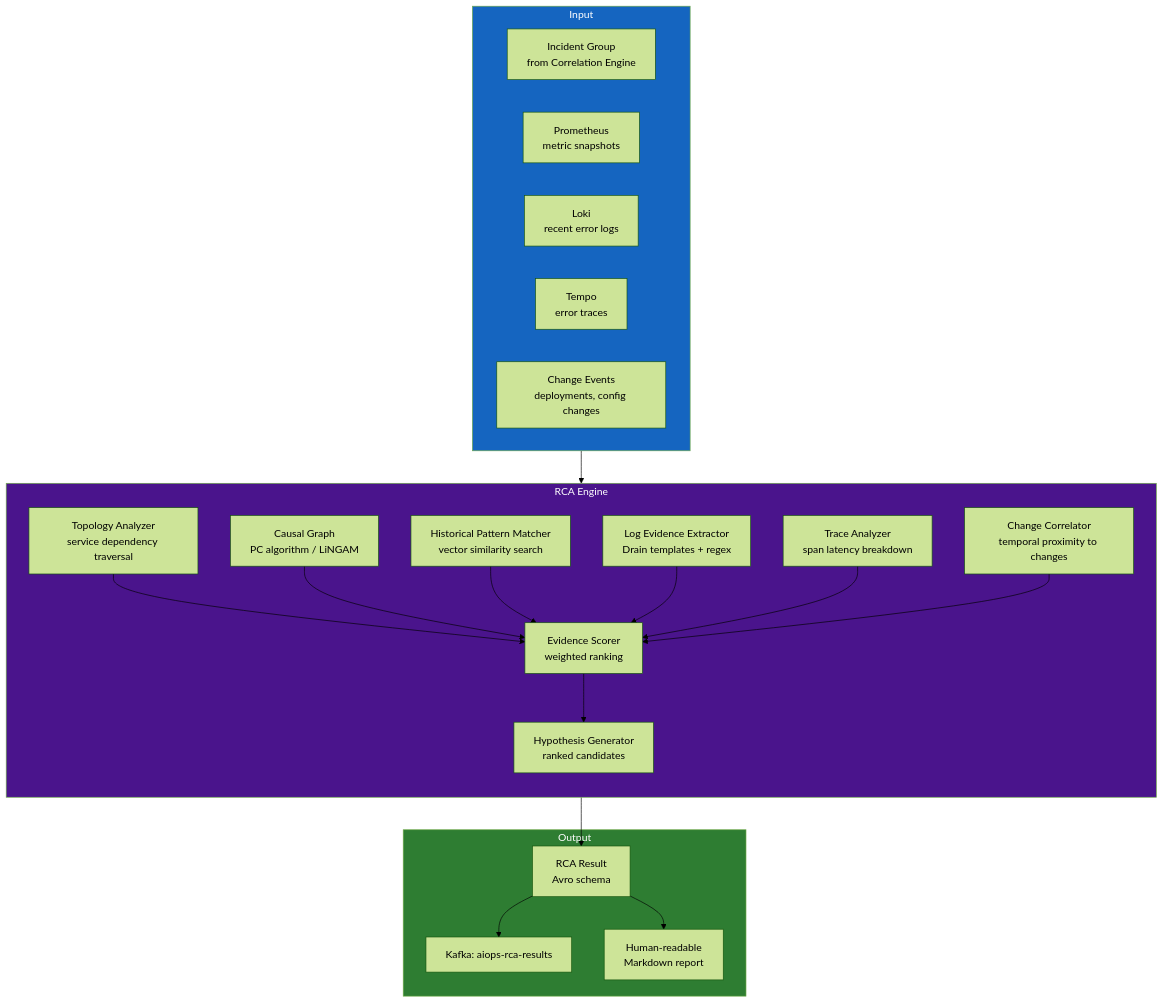
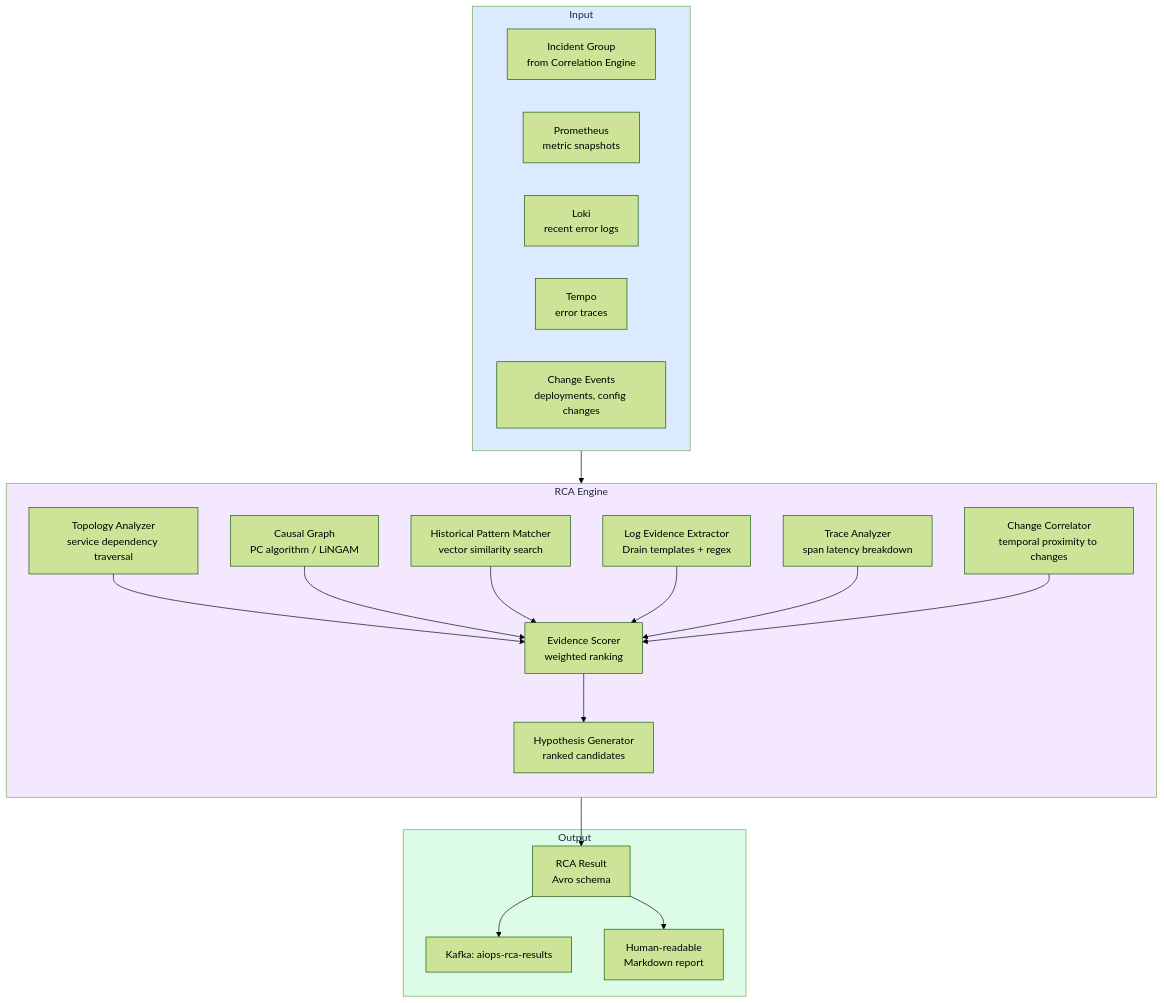
Before and after one commit to XUanhoa04/aiops-engineering-handbook: the first of 2 diagrams in docs/en/10-root-cause-analysis/README.md, drawn with Mermaid (forest theme). The commit also changed other lines of this file and 39 other files, not shown here.

First line of the commit message:
docs: concept-first Ch.08-12, collapse code, soft Mermaid colors

````diff
--- a/docs/en/10-root-cause-analysis/README.md
+++ b/docs/en/10-root-cause-analysis/README.md
@@ -118,43 +137,43 @@
 ```mermaid
 flowchart TD
     subgraph Input["Input"]
         INC[Incident Group\nfrom Correlation Engine]
         METRIC[Prometheus\nmetric snapshots]
         LOG[Loki\nrecent error logs]
         TRACE[Tempo\nerror traces]
         CHANGE[Change Events\ndeployments, config changes]
     end
 
     subgraph RCA["RCA Engine"]
         direction TB
         TOPO[Topology Analyzer\nservice dependency traversal]
         CAUSAL[Causal Graph\nPC algorithm / LiNGAM]
         HIST[Historical Pattern Matcher\nvector similarity search]
         LOG_RCA[Log Evidence Extractor\nDrain templates + regex]
         TRACE_RCA[Trace Analyzer\nspan latency breakdown]
         CHANGE_RCA[Change Correlator\ntemporal proximity to changes]
         
         SCORE[Evidence Scorer\nweighted ranking]
         HYPO[Hypothesis Generator\nranked candidates]
     end
 
     subgraph Output["Output"]
         RCA_RESULT[RCA Result\nAvro schema]
         PUB[Kafka: aiops-rca-results]
         HUMAN[Human-readable\nMarkdown report]
     end
 
     Input --> RCA
     TOPO --> SCORE
     CAUSAL --> SCORE
     HIST --> SCORE
     LOG_RCA --> SCORE
     TRACE_RCA --> SCORE
     CHANGE_RCA --> SCORE
     SCORE --> HYPO --> RCA_RESULT --> PUB
     RCA_RESULT --> HUMAN
 
-    style Input fill:#1565c0,color:#fff
-    style RCA fill:#4a148c,color:#fff
-    style Output fill:#2e7d32,color:#fff
+    style Input fill:#dbeafe,color:#1e293b
+    style RCA fill:#f3e8ff,color:#1e293b
+    style Output fill:#dcfce7,color:#1e293b
 ```
````
